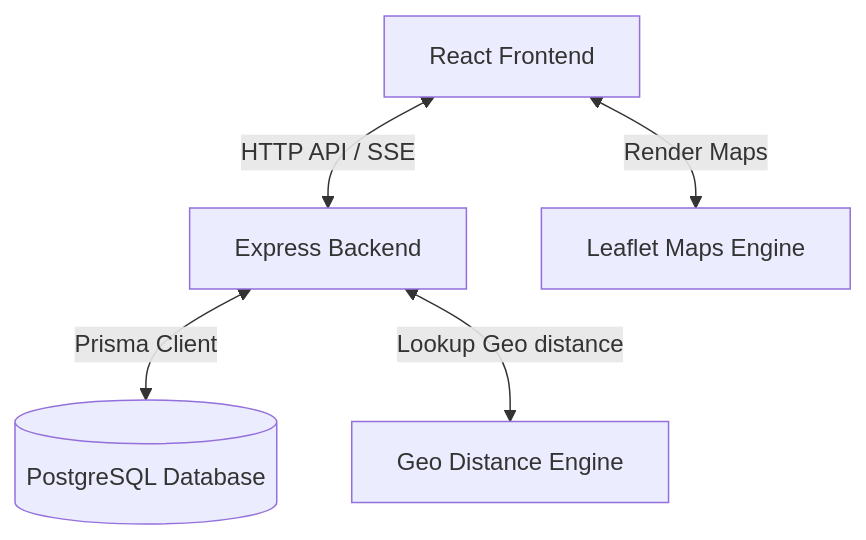
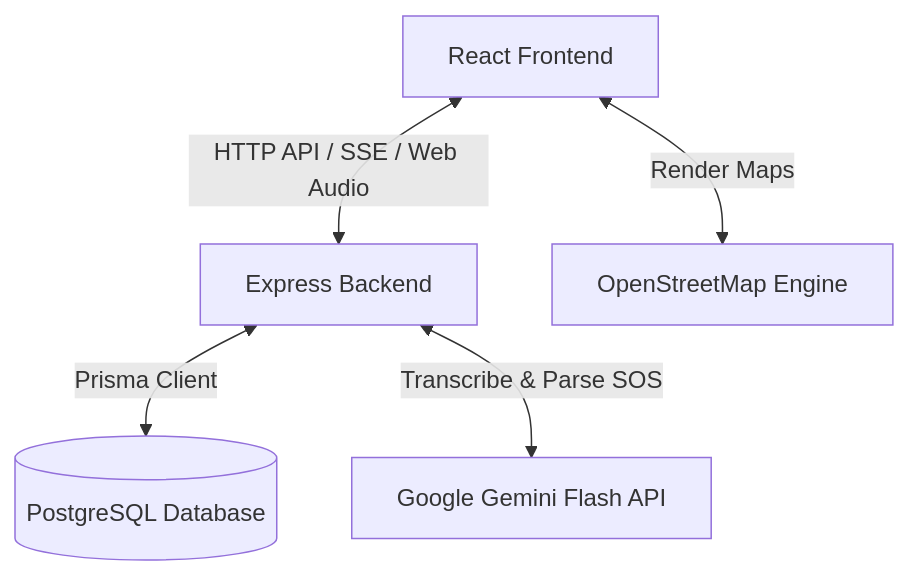
One commit to ryn-codes/SWIFTAID changed the diagram in README.md. Above: the diagram before and after it, drawn with Mermaid. The commit also changed other lines of this file, not shown here.

Commit message:
docs: update README.md with Voice SOS, Silent SOS, profile sync, and Leaflet details

````diff
--- a/README.md
+++ b/README.md
@@ -40,7 +43,7 @@
 ```mermaid
 graph TD
-    UserClient[React Frontend] <-->|HTTP API / SSE| ExpressServer[Express Backend]
+    UserClient[React Frontend] <-->|HTTP API / SSE / Web Audio| ExpressServer[Express Backend]
     ExpressServer <-->|Prisma Client| PGDB[(PostgreSQL Database)]
-    UserClient <-->|Render Maps| OpenStreetMap[Leaflet Maps Engine]
-    ExpressServer <-->|Lookup Geo distance| GeolocationHelper[Geo Distance Engine]
+    UserClient <-->|Render Maps| OSMTiles[OpenStreetMap Engine]
+    ExpressServer <-->|Transcribe & Parse SOS| GeminiAPI[Google Gemini Flash API]
 ```
````
